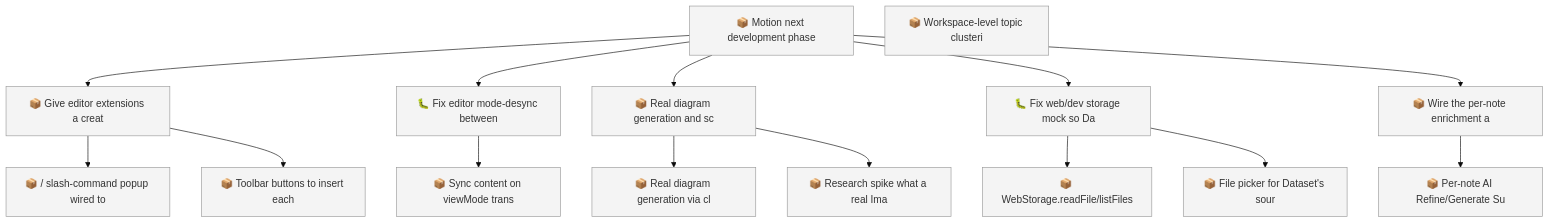
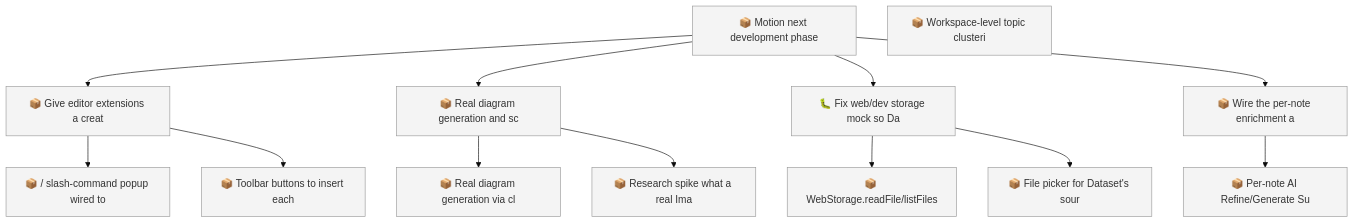
The first of 2 diagrams in docs/roadmap.md (SpillwaveSolutions/motion), drawn with Mermaid (base theme) before and after one commit. The commit also changed other lines of this file and 10 other files, not shown here.

````diff
--- a/docs/roadmap.md
+++ b/docs/roadmap.md
@@ -51,33 +49,29 @@
 ```mermaid
 graph TD
-    01KYFZ6RBH7SW7J03FYN4XZ08J["📦 Sync content on viewMode trans"]
     01KYFZ6RBHA5DRP85QQ0EHTAJ6["📦 Give editor extensions a creat"]
     01KYFZ6RBHABFSC9K9NJ90168Q["📦 Motion next development phase"]
     01KYFZ6RBHBTXGWG8HREAG8AG9["📦 / slash-command popup wired to"]
-    01KYFZ6RBHDMXV57V4JZW3PS5K["🐛 Fix editor mode-desync between"]
     01KYFZ6RBHZQWH62SK631C3H1K["📦 Toolbar buttons to insert each"]
     01KYFZ6RBJ18SB2ZCSFK06BNJ2["📦 WebStorage.readFile/listFiles"]
     01KYFZ6RBJ5718M3GQPAB76RHS["📦 Real diagram generation and sc"]
     01KYFZ6RBJC07FEQ0FT0KQ302M["🐛 Fix web/dev storage mock so Da"]
     01KYFZ6RBJCWMMF7THJZFB6943["📦 Real diagram generation via cl"]
     01KYFZ6RBJEYPZ9RX0F86490TM["📦 Research spike what a real Ima"]
     01KYFZ6RBJT7FG0G30WYS3YF6Q["📦 File picker for Dataset's sour"]
     01KYFZ6RBJV920SFW0MAN9MX9J["📦 Wire the per-note enrichment a"]
     01KYFZ6RBJZNYDT9AK2V0RA11T["📦 Per-note AI Refine/Generate Su"]
     01KYFZ8RGR06XBSG9CH4TEWYJY["📦 Workspace-level topic clusteri"]
-    01KYFZ6RBHDMXV57V4JZW3PS5K --> 01KYFZ6RBH7SW7J03FYN4XZ08J
     01KYFZ6RBHABFSC9K9NJ90168Q --> 01KYFZ6RBHA5DRP85QQ0EHTAJ6
     01KYFZ6RBHA5DRP85QQ0EHTAJ6 --> 01KYFZ6RBHBTXGWG8HREAG8AG9
-    01KYFZ6RBHABFSC9K9NJ90168Q --> 01KYFZ6RBHDMXV57V4JZW3PS5K
     01KYFZ6RBHA5DRP85QQ0EHTAJ6 --> 01KYFZ6RBHZQWH62SK631C3H1K
     01KYFZ6RBJC07FEQ0FT0KQ302M --> 01KYFZ6RBJ18SB2ZCSFK06BNJ2
     01KYFZ6RBHABFSC9K9NJ90168Q --> 01KYFZ6RBJ5718M3GQPAB76RHS
     01KYFZ6RBHABFSC9K9NJ90168Q --> 01KYFZ6RBJC07FEQ0FT0KQ302M
     01KYFZ6RBJ5718M3GQPAB76RHS --> 01KYFZ6RBJCWMMF7THJZFB6943
     01KYFZ6RBJ5718M3GQPAB76RHS --> 01KYFZ6RBJEYPZ9RX0F86490TM
     01KYFZ6RBJC07FEQ0FT0KQ302M --> 01KYFZ6RBJT7FG0G30WYS3YF6Q
     01KYFZ6RBHABFSC9K9NJ90168Q --> 01KYFZ6RBJV920SFW0MAN9MX9J
     01KYFZ6RBJV920SFW0MAN9MX9J --> 01KYFZ6RBJZNYDT9AK2V0RA11T
     classDef todo fill:#f4f4f4,stroke:#999999
-    class 01KYFZ6RBH7SW7J03FYN4XZ08J,01KYFZ6RBHA5DRP85QQ0EHTAJ6,01KYFZ6RBHABFSC9K9NJ90168Q,01KYFZ6RBHBTXGWG8HREAG8AG9,01KYFZ6RBHDMXV57V4JZW3PS5K,01KYFZ6RBHZQWH62SK631C3H1K,01KYFZ6RBJ18SB2ZCSFK06BNJ2,01KYFZ6RBJ5718M3GQPAB76RHS,01KYFZ6RBJC07FEQ0FT0KQ302M,01KYFZ6RBJCWMMF7THJZFB6943,01KYFZ6RBJEYPZ9RX0F86490TM,01KYFZ6RBJT7FG0G30WYS3YF6Q,01KYFZ6RBJV920SFW0MAN9MX9J,01KYFZ6RBJZNYDT9AK2V0RA11T,01KYFZ8RGR06XBSG9CH4TEWYJY todo
+    class 01KYFZ6RBHA5DRP85QQ0EHTAJ6,01KYFZ6RBHABFSC9K9NJ90168Q,01KYFZ6RBHBTXGWG8HREAG8AG9,01KYFZ6RBHZQWH62SK631C3H1K,01KYFZ6RBJ18SB2ZCSFK06BNJ2,01KYFZ6RBJ5718M3GQPAB76RHS,01KYFZ6RBJC07FEQ0FT0KQ302M,01KYFZ6RBJCWMMF7THJZFB6943,01KYFZ6RBJEYPZ9RX0F86490TM,01KYFZ6RBJT7FG0G30WYS3YF6Q,01KYFZ6RBJV920SFW0MAN9MX9J,01KYFZ6RBJZNYDT9AK2V0RA11T,01KYFZ8RGR06XBSG9CH4TEWYJY todo
 ```
````
